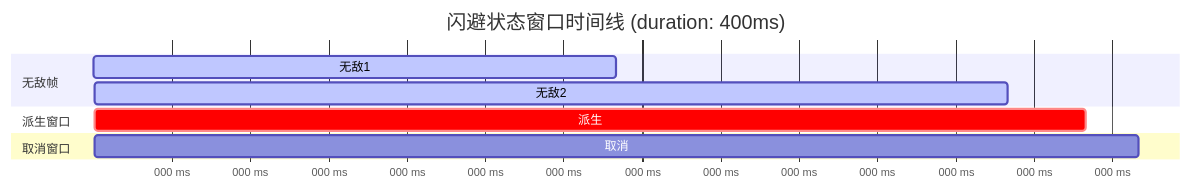
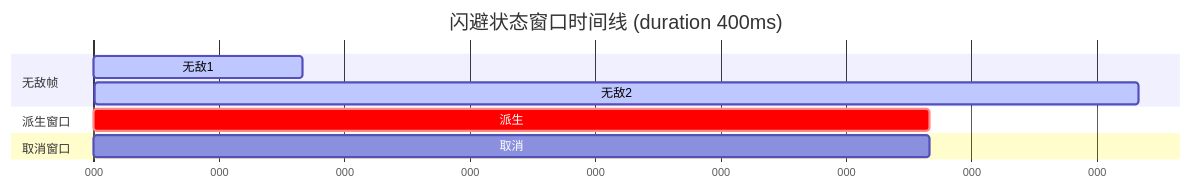
One commit to 17Artist/ArcartX-Wiki changed the third of 4 diagrams in content/docs/chronos/7_controller.mdx. Above: the diagram before and after it, drawn with Mermaid. The commit also changed other lines of this file and 26 other files, not shown here.

````diff
--- a/content/docs/chronos/7_controller.mdx
+++ b/content/docs/chronos/7_controller.mdx
@@ -219,16 +339,13 @@
 ```mermaid
 gantt
-    title 闪避状态窗口时间线 (duration: 400ms)
+    title 闪避状态窗口时间线 (duration 400ms)
     dateFormat X
-    axisFormat %L ms
-    
+    axisFormat %L
     section 无敌帧
-    无敌1     :active, 50, 200
-    无敌2     :active, 300, 350
-    
+    无敌1 :active, 0, 100
+    无敌2 :active, 400, 500
     section 派生窗口
-    派生      :crit, 300, 380
-    
+    派生 :crit, 200, 400
     section 取消窗口
-    取消      :380, 400
+    取消 :150, 400
 ```
````
